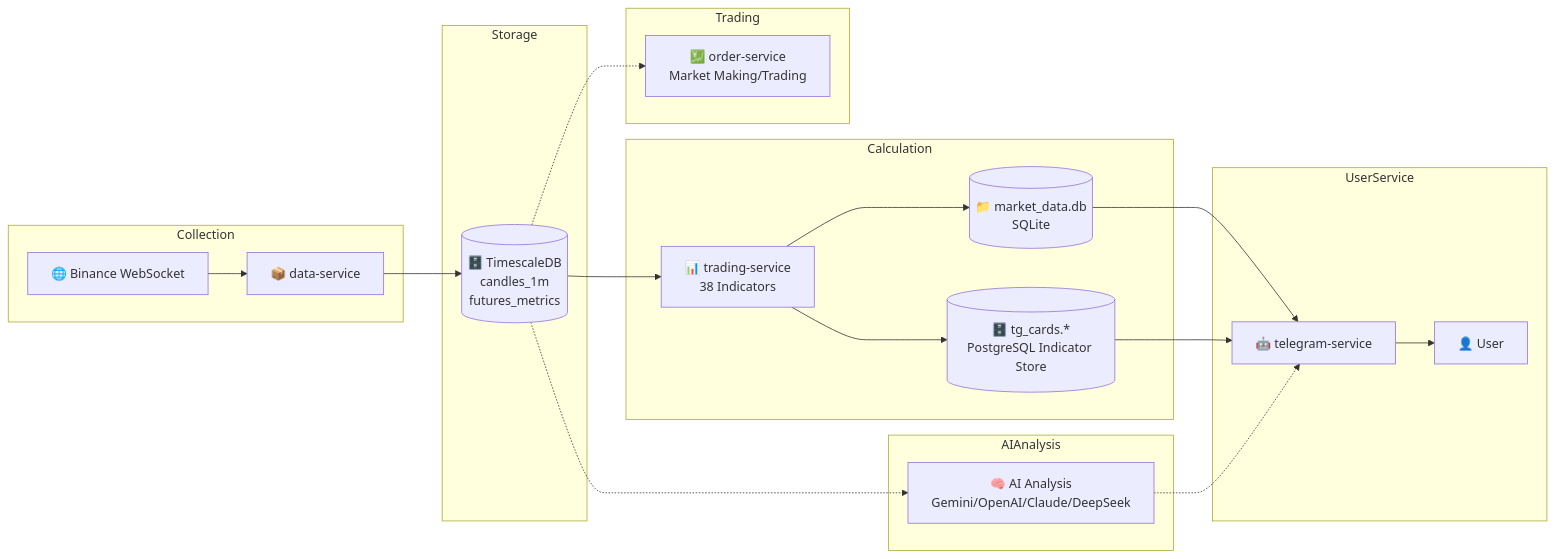
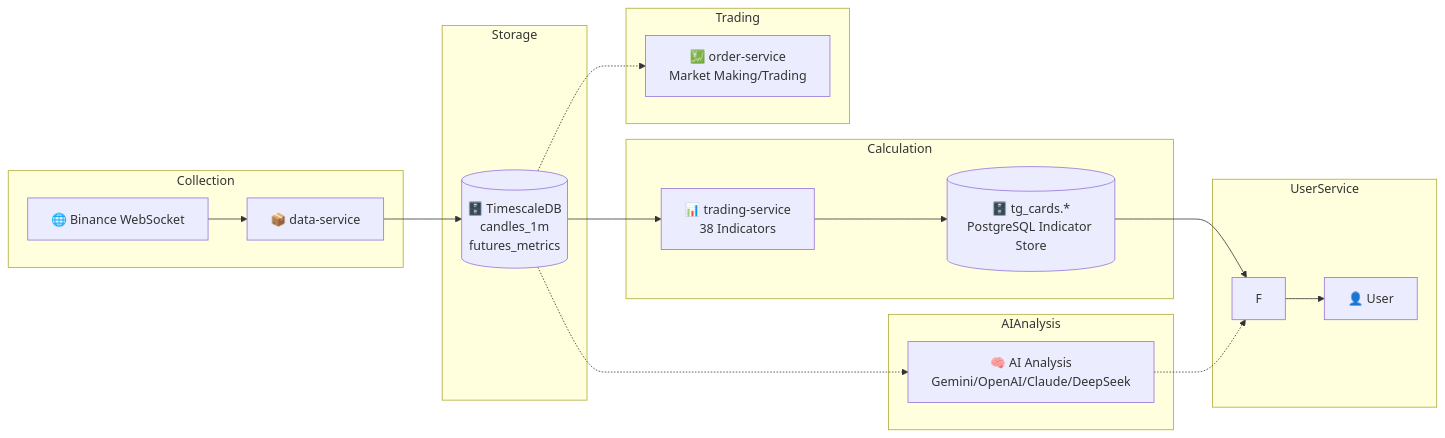
The second of 2 diagrams in README_EN.md (RogerYet/tradecat), drawn with Mermaid before and after one commit. The commit also changed other lines of this file and 34 other files, not shown here.

````diff
--- a/README_EN.md
+++ b/README_EN.md
@@ -558,31 +552,29 @@
 ```mermaid
 graph LR
     subgraph Collection
         A["🌐 Binance WebSocket"] --> B["📦 data-service"]
     end
     
     subgraph Storage
         B --> C[("🗄️ TimescaleDB<br>candles_1m<br>futures_metrics")]
     end
     
     subgraph Calculation
         C --> D["📊 trading-service<br>38 Indicators"]
-        D --> E1[("📁 market_data.db<br>SQLite")]
         D --> E2[("🗄️ tg_cards.*<br>PostgreSQL Indicator Store")]
     end
     
     subgraph UserService
-        E1 --> F["🤖 telegram-service"]
         E2 --> F
         F --> G["👤 User"]
     end
     
     subgraph AIAnalysis
         C -.-> H["🧠 AI Analysis<br>Gemini/OpenAI/Claude/DeepSeek"]
         H -.-> F
     end
     
     subgraph Trading
         C -.-> I["💹 order-service<br>Market Making/Trading"]
     end
 ```
````
